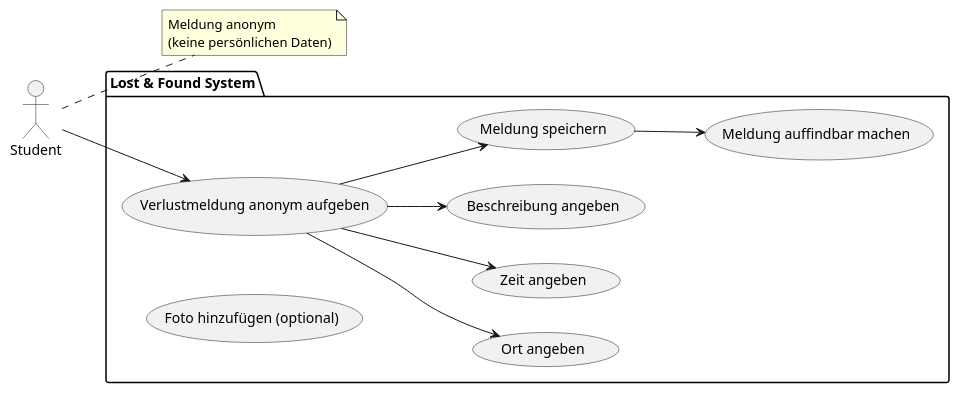
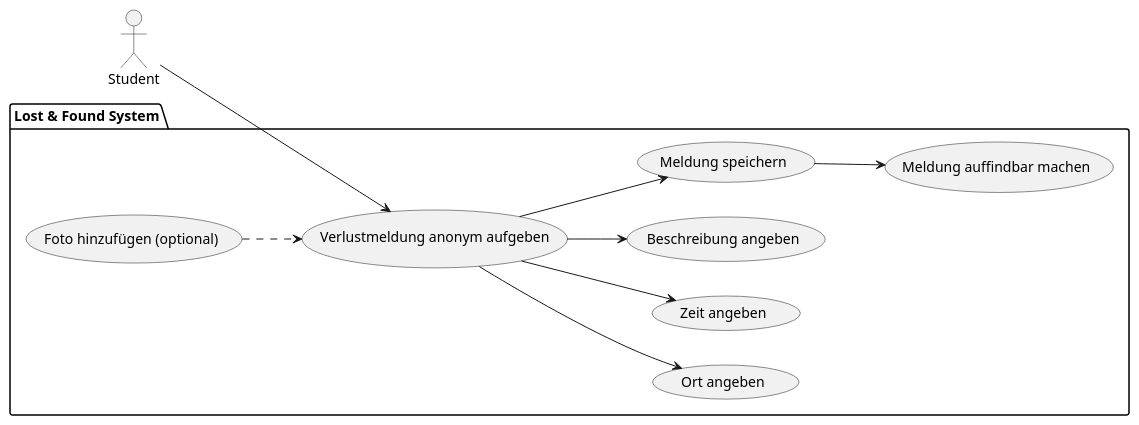
Before and after one commit to Tom0603/SoftwareEngineering_Lecture: the diagram in docs/architecture/use-case-user-story-1.puml, drawn with PlantUML.

Commit message:
Add missing link

```diff
--- a/docs/architecture/use-case-user-story-1.puml
+++ b/docs/architecture/use-case-user-story-1.puml
@@ -1,27 +1,23 @@
 @startuml
 left to right direction
 actor "Student" as s
-note right of s
-  Meldung anonym
-  (keine persönlichen Daten)
-end note
 
 package "Lost & Found System" {
   usecase "Verlustmeldung anonym aufgeben" as UC1
   usecase "Ort angeben" as UC2
   usecase "Zeit angeben" as UC3
   usecase "Beschreibung angeben" as UC4
   usecase "Foto hinzufügen (optional)" as UC5
   usecase "Meldung speichern" as UC6
   usecase "Meldung auffindbar machen" as UC7
 }
 
 s --> UC1
 
 UC1 --> UC2
 UC1 --> UC3
 UC1 --> UC4
-
+UC5 ..> UC1
 UC1 --> UC6
 UC6 --> UC7
 @enduml
```
